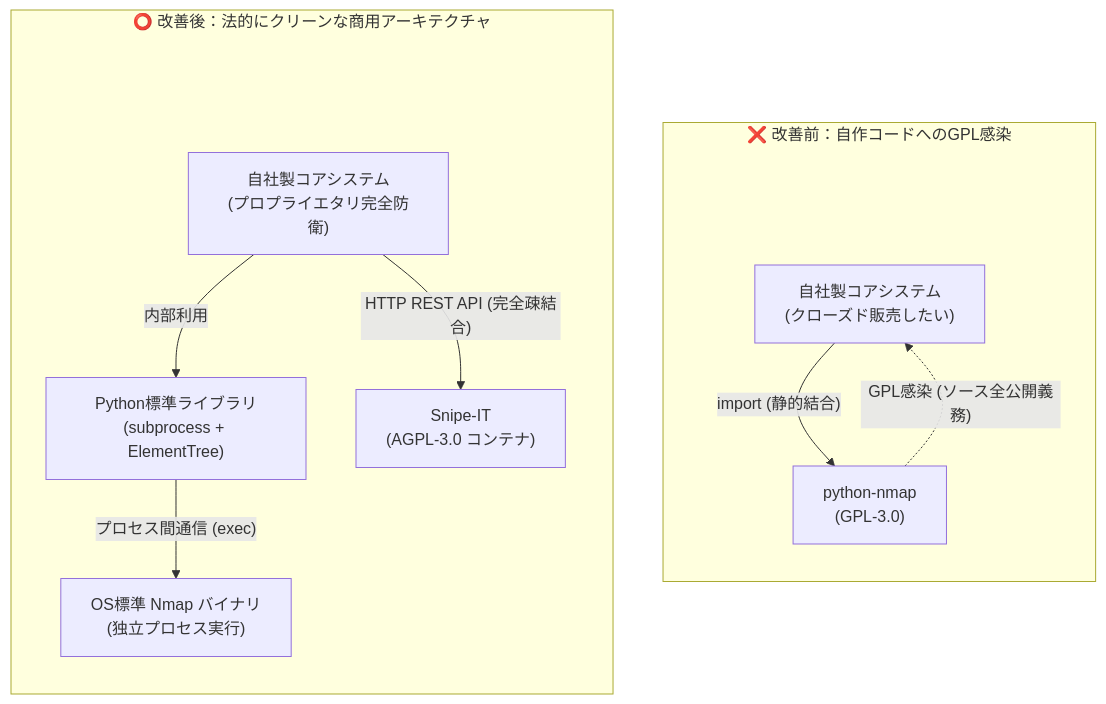
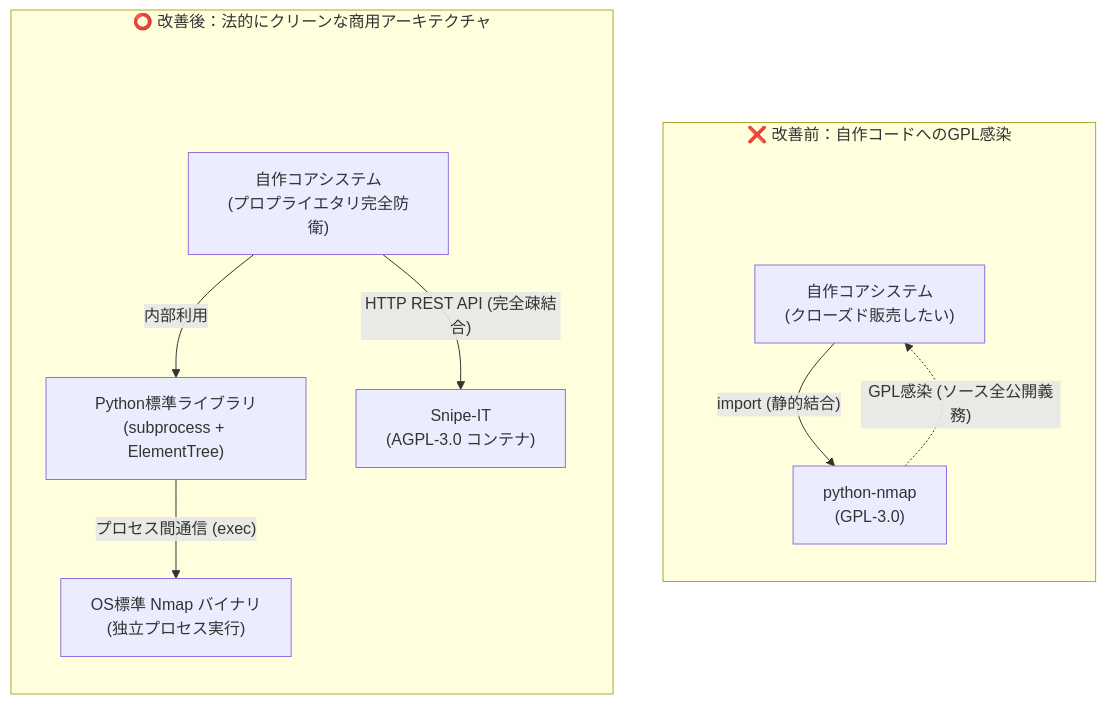
Before and after one commit to ojisantech/ojisan-arsenal: the diagram in QIITA_ARTICLE_DETAIL_7.md, drawn with Mermaid.

Commit message:
docs: 第7弾 詳細技術リファレンス承認公開およびREADMEリンク更新

````diff
--- a/QIITA_ARTICLE_DETAIL_7.md
+++ b/QIITA_ARTICLE_DETAIL_7.md
@@ -44,26 +44,26 @@
 ```mermaid
 flowchart TD
     subgraph Danger ["❌ 改善前：自作コードへのGPL感染"]
         direction TB
         spacer_danger[" "] ~~~ App_Old
         style spacer_danger fill:none,stroke:none;
-        App_Old["自社製コアシステム<br/>(クローズド販売したい)"]
+        App_Old["自作コアシステム<br/>(クローズド販売したい)"]
         PyNmap["python-nmap<br/>(GPL-3.0)"]
         App_Old -->|"import (静的結合)"| PyNmap
         PyNmap -.->|"GPL感染 (ソース全公開義務)"| App_Old
     end
 
     subgraph Safe ["⭕ 改善後：法的にクリーンな商用アーキテクチャ"]
         direction TB
         spacer_safe[" "] ~~~ App_New
         style spacer_safe fill:none,stroke:none;
-        App_New["自社製コアシステム<br/>(プロプライエタリ完全防衛)"]
+        App_New["自作コアシステム<br/>(プロプライエタリ完全防衛)"]
         StdLib["Python標準ライブラリ<br/>(subprocess + ElementTree)"]
         NmapBin["OS標準 Nmap バイナリ<br/>(独立プロセス実行)"]
         Snipe["Snipe-IT<br/>(AGPL-3.0 コンテナ)"]
         
         App_New -->|"内部利用"| StdLib
         StdLib -->|"プロセス間通信 (exec)"| NmapBin
         App_New -->|"HTTP REST API (完全疎結合)"| Snipe
     end
 ```
````
